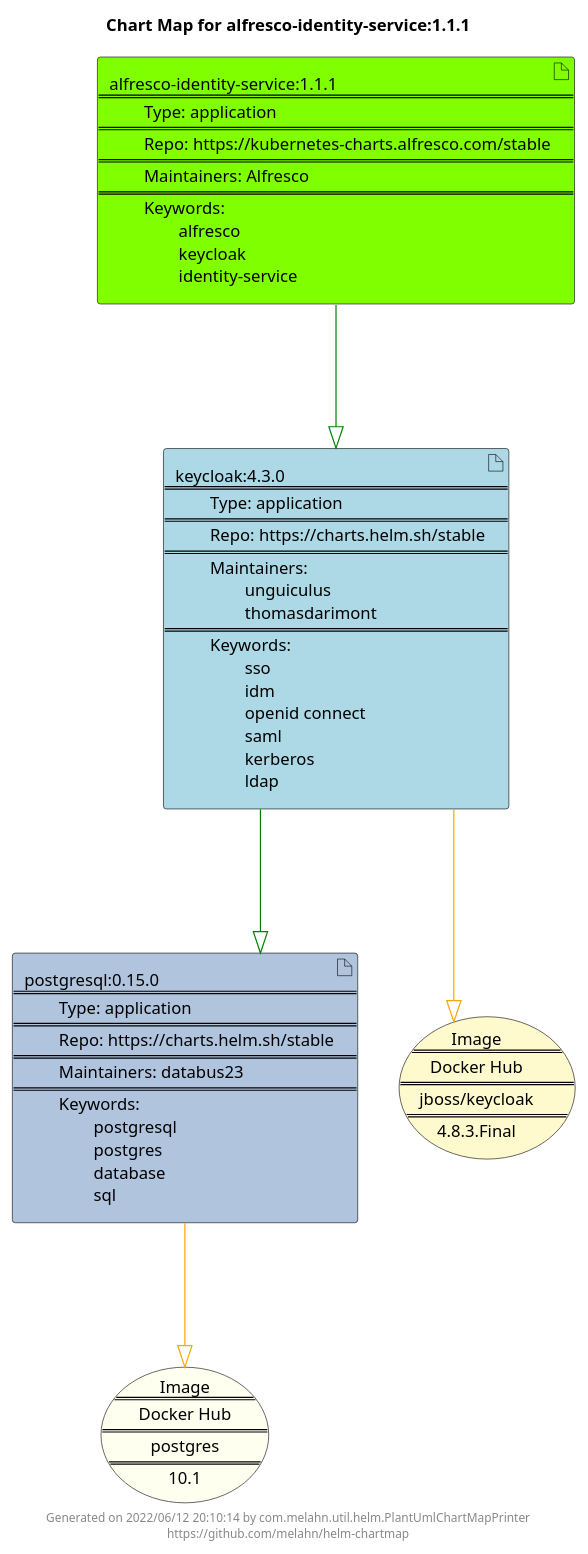
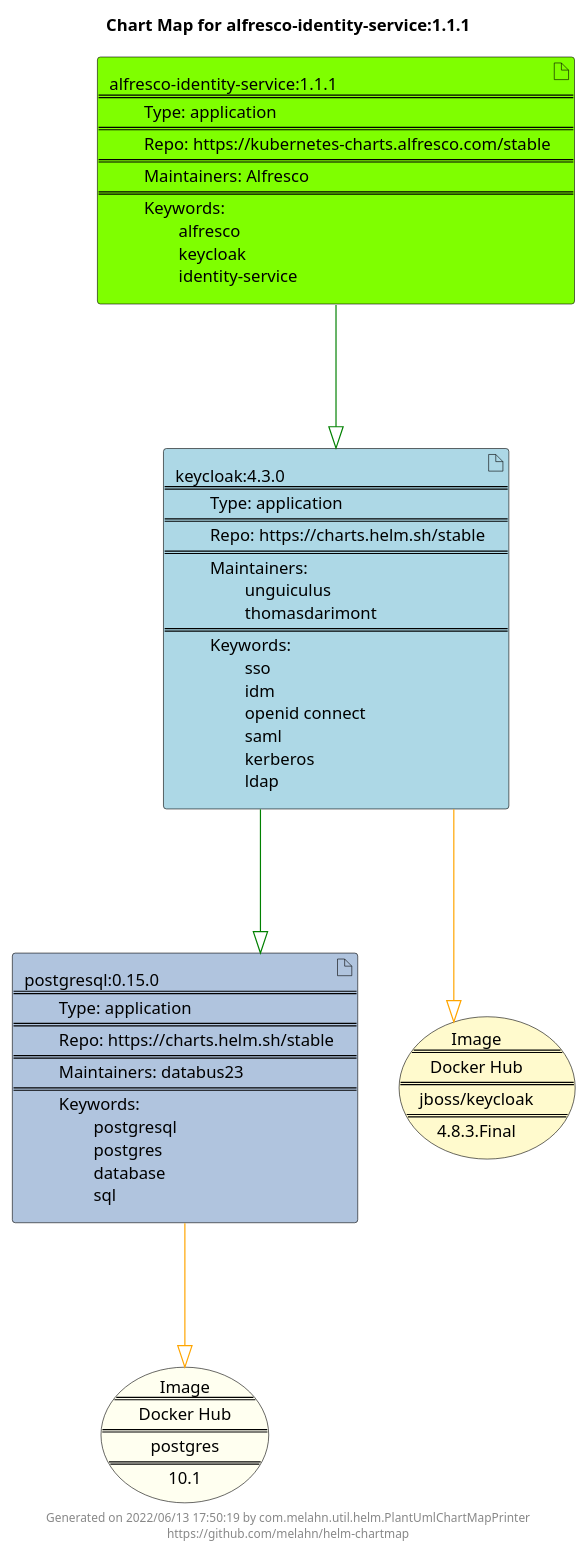
The diagram in docs/alfresco-identity-service/alfresco-identity-service-1.1.1.puml (melahn/helm-chartmap), drawn with PlantUML before and after one commit. The commit also changed 59 other files, not shown here.

Commit message:
Update Example Chart Maps as part of GitHub build

```diff
--- a/docs/alfresco-identity-service/alfresco-identity-service-1.1.1.puml
+++ b/docs/alfresco-identity-service/alfresco-identity-service-1.1.1.puml
@@ -1,27 +1,27 @@
 @startuml
 skinparam linetype ortho
 skinparam backgroundColor white
 skinparam usecaseBorderColor black
 skinparam usecaseArrowColor LightSlateGray
 skinparam artifactBorderColor black
 skinparam artifactArrowColor LightSlateGray
 
 title Chart Map for alfresco-identity-service:1.1.1
 
 'There are 3 referenced Helm Charts
 artifact "postgresql:0.15.0\n====\n\tType: application\n====\n\tRepo: https://charts.helm.sh/stable\n====\n\tMaintainers: databus23\n====\n\tKeywords: \n\t\tpostgresql\n\t\tpostgres\n\t\tdatabase\n\t\tsql" as postgresql_0_15_0 #LightSteelBlue
 artifact "alfresco-identity-service:1.1.1\n====\n\tType: application\n====\n\tRepo: https://kubernetes-charts.alfresco.com/stable\n====\n\tMaintainers: Alfresco\n====\n\tKeywords: \n\t\talfresco\n\t\tkeycloak\n\t\tidentity-service" as alfresco_identity_service_1_1_1 #Chartreuse
 artifact "keycloak:4.3.0\n====\n\tType: application\n====\n\tRepo: https://charts.helm.sh/stable\n====\n\tMaintainers: \n\t\tunguiculus\n\t\tthomasdarimont\n====\n\tKeywords: \n\t\tsso\n\t\tidm\n\t\topenid connect\n\t\tsaml\n\t\tkerberos\n\t\tldap" as keycloak_4_3_0 #LightBlue
 
 'There are 2 referenced Docker Images
 usecase "Image\n====\nDocker Hub\n====\npostgres\n====\n10.1" as postgres_10_1 #Ivory
 usecase "Image\n====\nDocker Hub\n====\njboss/keycloak\n====\n4.8.3.Final" as jboss_keycloak_4_8_3_Final #LemonChiffon
 
 'Chart Dependencies
 alfresco_identity_service_1_1_1--[#green]-|>keycloak_4_3_0
 keycloak_4_3_0--[#green]-|>postgresql_0_15_0
 postgresql_0_15_0--[#orange]-|>postgres_10_1
 keycloak_4_3_0--[#orange]-|>jboss_keycloak_4_8_3_Final
 
-center footer Generated on 2022/06/12 20:10:14 by com.melahn.util.helm.PlantUmlChartMapPrinter\nhttps://github.com/melahn/helm-chartmap
+center footer Generated on 2022/06/13 17:50:19 by com.melahn.util.helm.PlantUmlChartMapPrinter\nhttps://github.com/melahn/helm-chartmap
 @enduml
```
